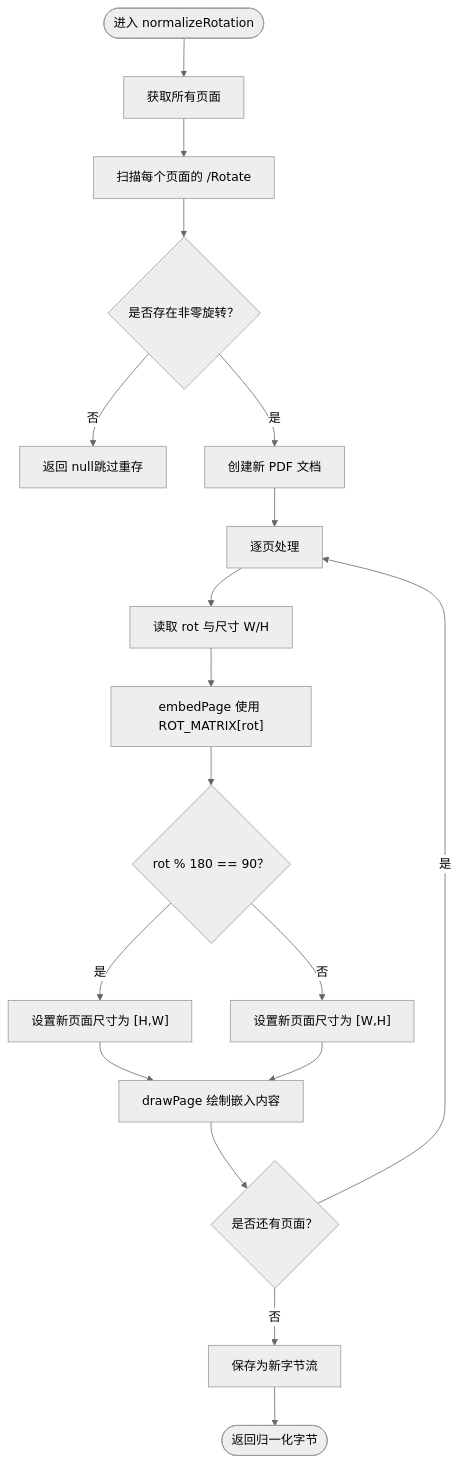
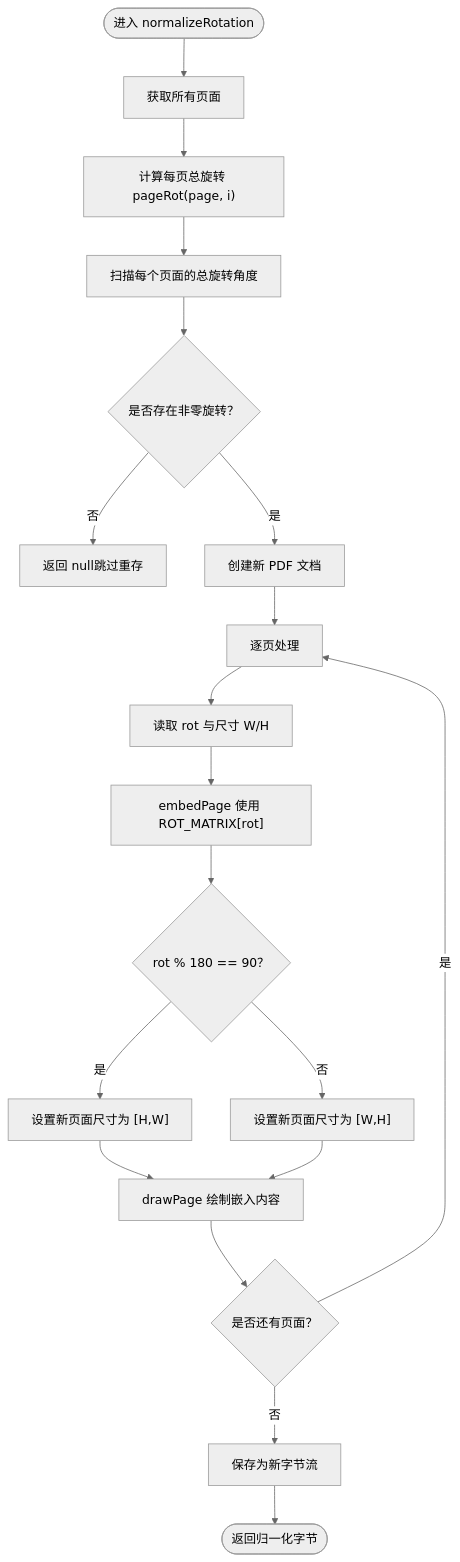
One commit to wzh8080/PDFTools changed the seventh of 8 diagrams in .qoder/repowiki/zh/content/PDF处理引擎/旋转校正算法.md. Above: the diagram before and after it, drawn with Mermaid (neutral theme). The commit also changed other lines of this file and 30 other files, not shown here.

````diff
--- a/.qoder/repowiki/zh/content/PDF处理引擎/旋转校正算法.md
+++ b/.qoder/repowiki/zh/content/PDF处理引擎/旋转校正算法.md
@@ -192,20 +279,21 @@
 ```mermaid
 flowchart TD
 Start(["进入 normalizeRotation"]) --> GetPages["获取所有页面"]
-GetPages --> ScanRot["扫描每个页面的 /Rotate"]
+GetPages --> CalcRot["计算每页总旋转 pageRot(page, i)"]
+CalcRot --> ScanRot["扫描每个页面的总旋转角度"]
 ScanRot --> Need{"是否存在非零旋转？"}
 Need --> |否| ReturnNull["返回 null跳过重存"]
 Need --> |是| CreateDoc["创建新 PDF 文档"]
 CreateDoc --> ForEachPage["逐页处理"]
 ForEachPage --> ReadRot["读取 rot 与尺寸 W/H"]
 ReadRot --> Embed["embedPage 使用 ROT_MATRIX[rot]"]
 Embed --> AdjustDims{"rot % 180 == 90？"}
 AdjustDims --> |是| SwapWH["设置新页面尺寸为 [H,W]"]
 AdjustDims --> |否| KeepWH["设置新页面尺寸为 [W,H]"]
 SwapWH --> DrawPage["drawPage 绘制嵌入内容"]
 KeepWH --> DrawPage
 DrawPage --> NextPage{"是否还有页面？"}
 NextPage --> |是| ForEachPage
 NextPage --> |否| Save["保存为新字节流"]
 Save --> End(["返回归一化字节"])
 ```
````
